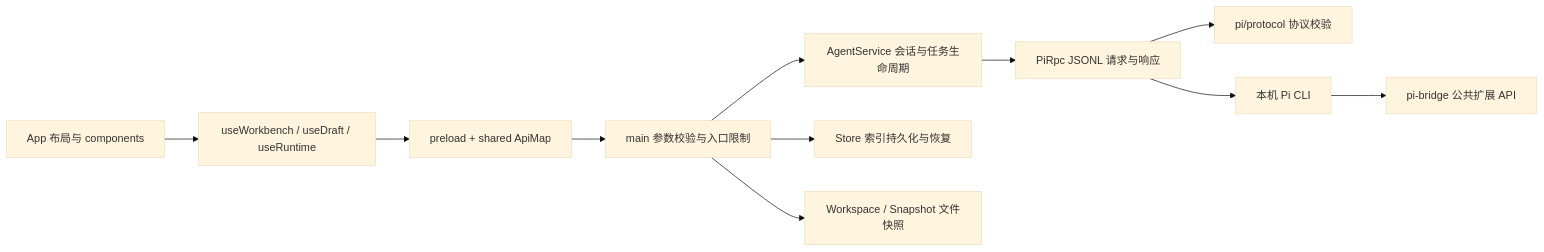
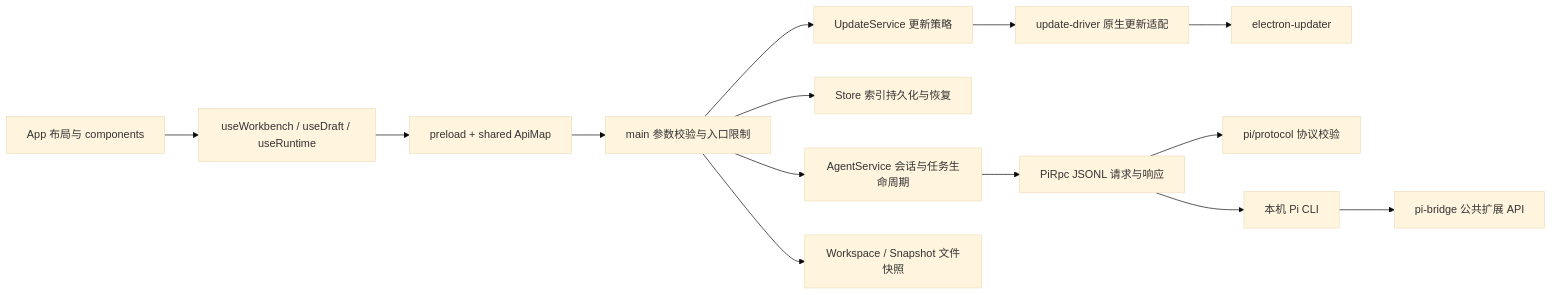
The diagram in docs/architecture.md (abnormalboy/pi-desktop-gui), drawn with Mermaid (base theme) before and after one commit. The commit also changed other lines of this file and 28 other files, not shown here.

````diff
--- a/docs/architecture.md
+++ b/docs/architecture.md
@@ -5,13 +5,16 @@
 ```mermaid
 flowchart LR
   UI[App 布局与 components] --> Hooks[useWorkbench / useDraft / useRuntime]
   Hooks --> IPC[preload + shared ApiMap]
   IPC --> Main[main 参数校验与入口限制]
   Main --> Agent[AgentService 会话与任务生命周期]
   Main --> Store[Store 索引持久化与恢复]
+  Main --> Updates[UpdateService 更新策略]
+  Updates --> Driver[update-driver 原生更新适配]
+  Driver --> Native[electron-updater]
   Main --> Workspace[Workspace / Snapshot 文件快照]
   Agent --> RPC[PiRpc JSONL 请求与响应]
   RPC --> Protocol[pi/protocol 协议校验]
   RPC --> Pi[本机 Pi CLI]
   Pi --> Bridge[pi-bridge 公共扩展 API]
 ```
````
